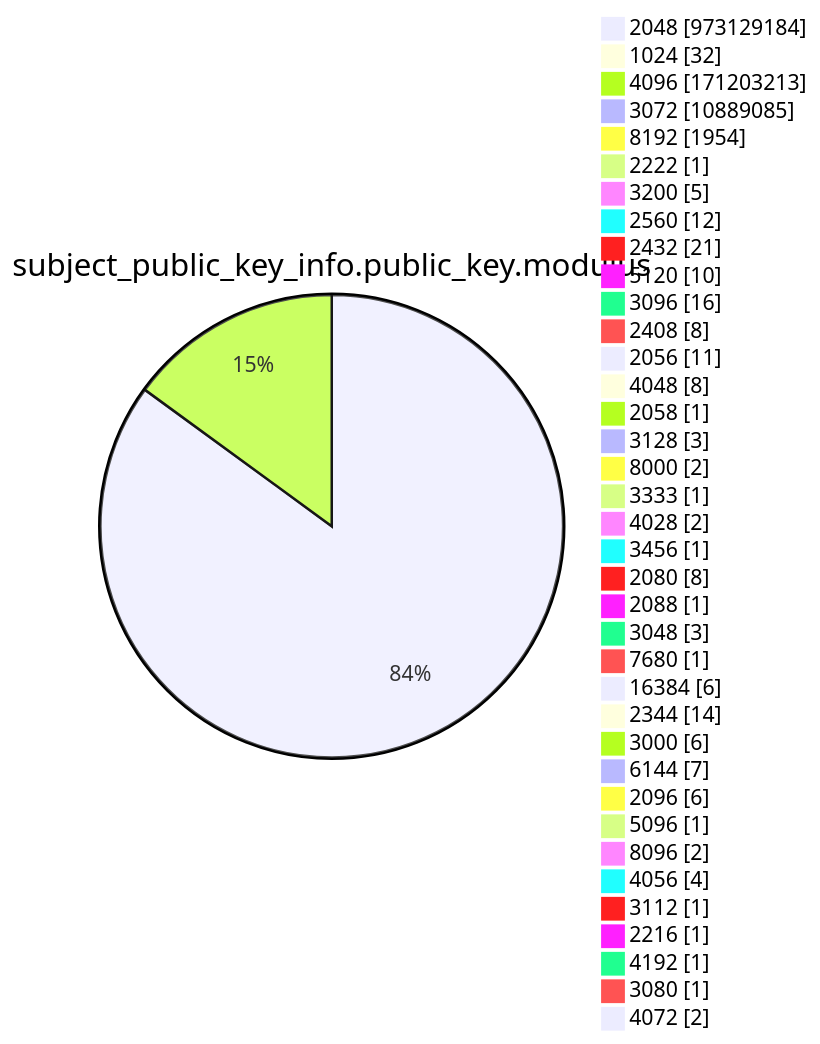
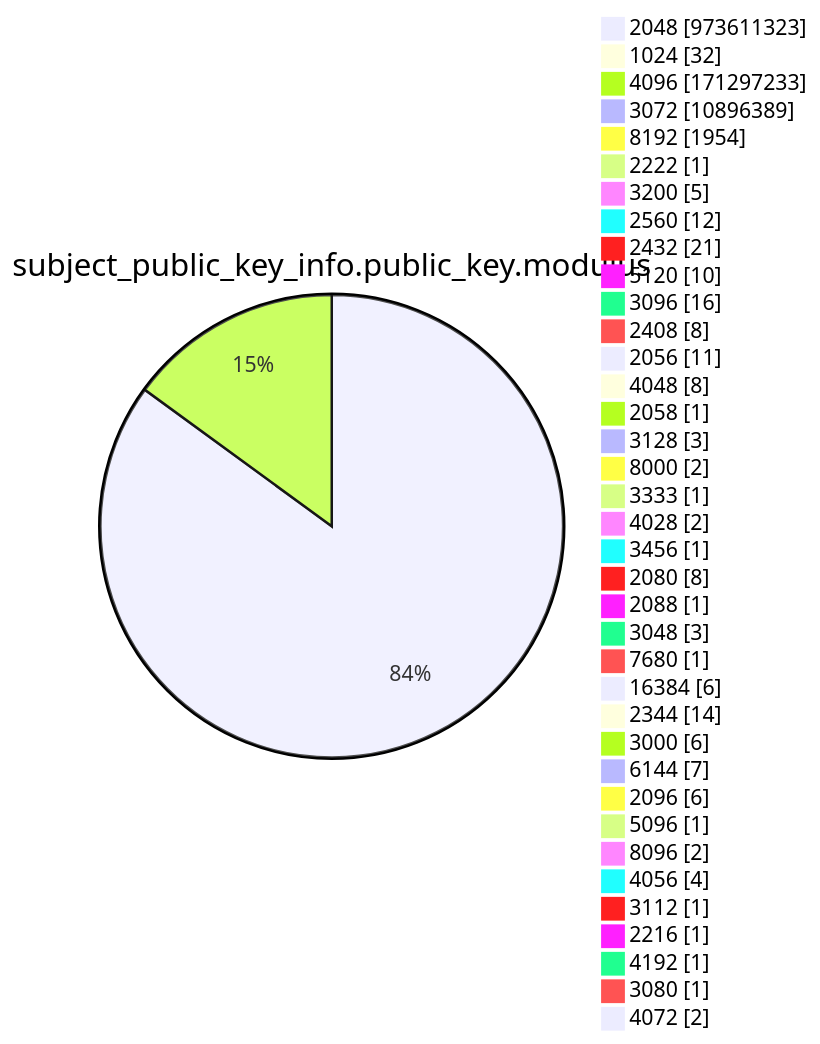
One commit to christiankrug/ctmonitor_visualization changed diagram 13 of 15 in argon2022/README.md. Above: the diagram before and after it, drawn with Mermaid. The commit also changed other lines of this file, not shown here.

````diff
--- a/argon2022/README.md
+++ b/argon2022/README.md
@@ -3587,41 +3587,41 @@
 ```mermaid
 pie showData
 title subject_public_key_info.public_key.modulus
-"2048" :973129184
+"2048" :973611323
 "1024" :32
-"4096" :171203213
-"3072" :10889085
+"4096" :171297233
+"3072" :10896389
 "8192" :1954
 "2222" :1
 "3200" :5
 "2560" :12
 "2432" :21
 "5120" :10
 "3096" :16
 "2408" :8
 "2056" :11
 "4048" :8
 "2058" :1
 "3128" :3
 "8000" :2
 "3333" :1
 "4028" :2
 "3456" :1
 "2080" :8
 "2088" :1
 "3048" :3
 "7680" :1
 "16384" :6
 "2344" :14
 "3000" :6
 "6144" :7
 "2096" :6
 "5096" :1
 "8096" :2
 "4056" :4
 "3112" :1
 "2216" :1
 "4192" :1
 "3080" :1
 "4072" :2
 ```
````
